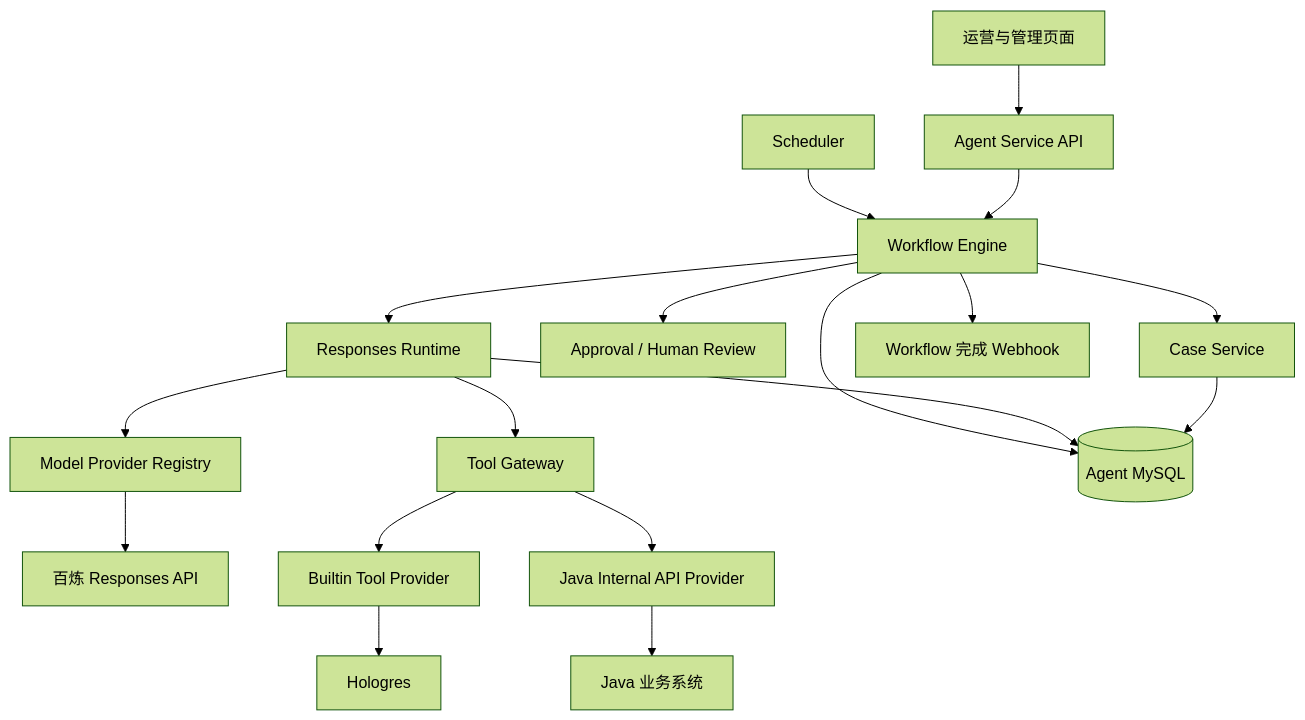
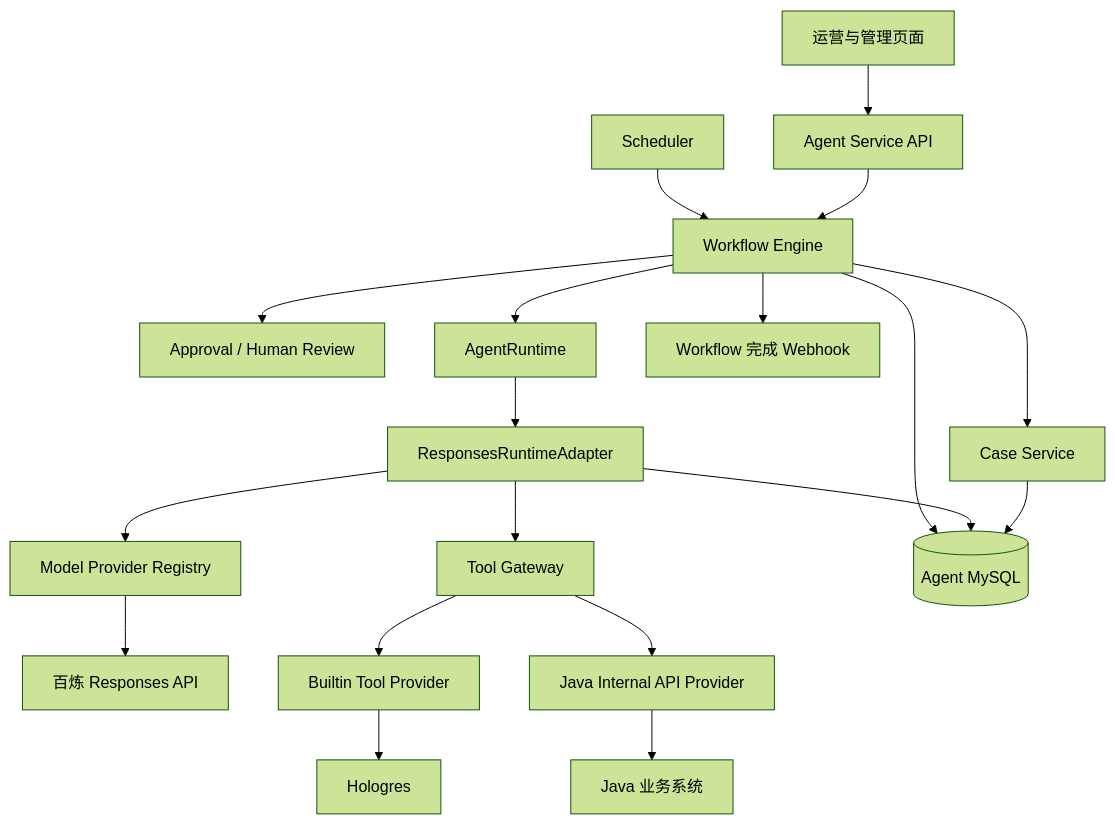
Before and after one commit to yiyezhangmu/agentdoc: the diagram in docs/巡店/好多店AGENT/docs/技术-01-总体设计.md, drawn with Mermaid (forest theme). The commit also changed other lines of this file and 28 other files, not shown here.

Commit message:
完善好多店白皮书与静态流程图

````diff
--- a/docs/巡店/好多店AGENT/docs/技术-01-总体设计.md
+++ b/docs/巡店/好多店AGENT/docs/技术-01-总体设计.md
@@ -16,20 +16,21 @@
 ```mermaid
 flowchart TB
     UI[运营与管理页面] --> API[Agent Service API]
     SCHED[Scheduler] --> WF[Workflow Engine]
     API --> WF
     WF --> CASE[Case Service]
     WF --> REVIEW[Approval / Human Review]
-    WF --> RT[Responses Runtime]
-    RT --> REG[Model Provider Registry]
+    WF --> RT[AgentRuntime]
+    RT --> RESP[ResponsesRuntimeAdapter]
+    RESP --> REG[Model Provider Registry]
     REG --> BAILIAN[百炼 Responses API]
-    RT --> GW[Tool Gateway]
+    RESP --> GW[Tool Gateway]
     GW --> BUILTIN[Builtin Tool Provider]
     GW --> INTERNAL[Java Internal API Provider]
     BUILTIN --> HOLO[Hologres]
     INTERNAL --> JAVA[Java 业务系统]
     WF --> MYSQL[(Agent MySQL)]
-    RT --> MYSQL
+    RESP --> MYSQL
     CASE --> MYSQL
     WF --> WEBHOOK[Workflow 完成 Webhook]
 ```
````
